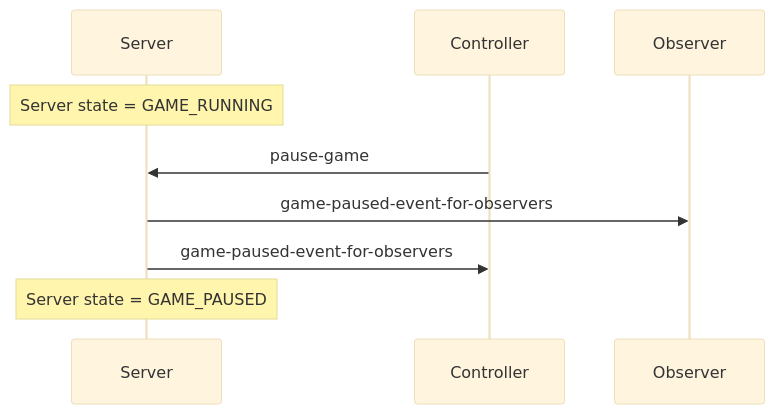
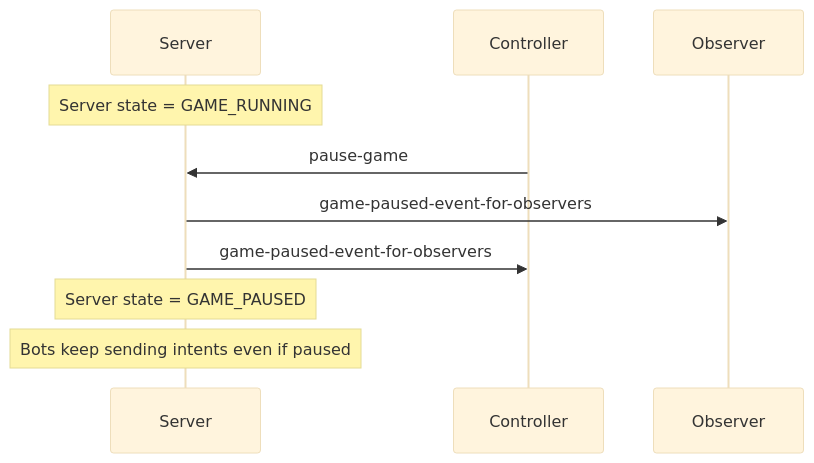
The ninth of 13 diagrams in schema/schemas/README.md (robocode-dev/tank-royale), drawn with Mermaid (base theme) before and after one commit. The commit also changed other lines of this file and 9 other files, not shown here.

````diff
--- a/schema/schemas/README.md
+++ b/schema/schemas/README.md
@@ -242,8 +268,9 @@
 ```mermaid
 sequenceDiagram
-    Note over Server: Server state = GAME_RUNNING
-    Controller->>Server: pause-game
-    Server->>Observer: game-paused-event-for-observers
-    Server->>Controller: game-paused-event-for-observers
-    Note over Server: Server state = GAME_PAUSED
+Note over Server: Server state = GAME_RUNNING
+Controller->>Server: pause-game
+Server->>Observer: game-paused-event-for-observers
+Server->>Controller: game-paused-event-for-observers
+Note over Server: Server state = GAME_PAUSED
+Note over Server: Bots keep sending intents even if paused
 ```
````
